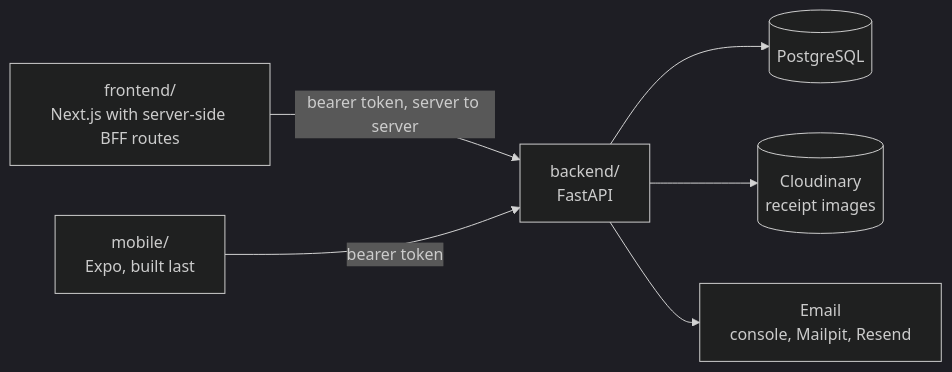
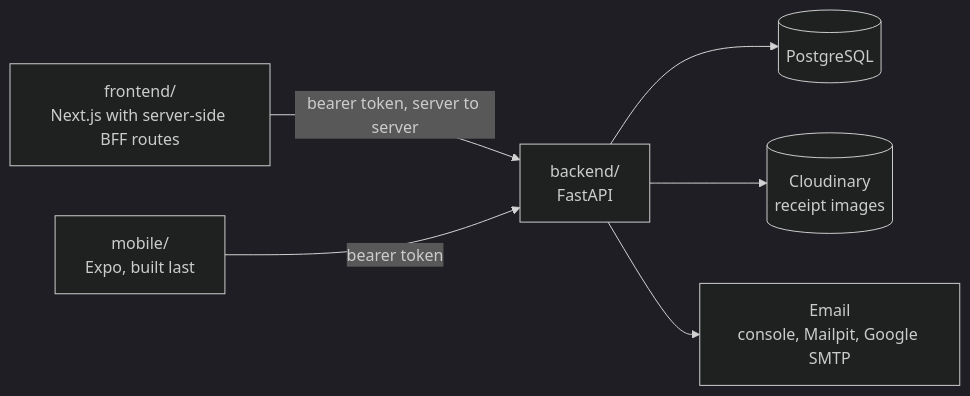
One commit to Wahajk-code/daftar changed the first of 6 diagrams in docs/architecture.md. Above: the diagram before and after it, drawn with Mermaid (dark theme). The commit also changed other lines of this file and 15 other files, not shown here.

Commit message:
updated: send email over Google SMTP instead of Resend (owner variable names), remove unused files

````diff
--- a/docs/architecture.md
+++ b/docs/architecture.md
@@ -8,8 +8,8 @@
 ```mermaid
 flowchart LR
     Web[frontend/<br/>Next.js with server-side BFF routes] -->|bearer token, server to server| API[backend/<br/>FastAPI]
     Mob[mobile/<br/>Expo, built last] -->|bearer token| API
     API --> DB[(PostgreSQL)]
     API --> Files[(Cloudinary<br/>receipt images)]
-    API --> Mail[Email<br/>console, Mailpit, Resend]
+    API --> Mail[Email<br/>console, Mailpit, Google SMTP]
 ```
````
